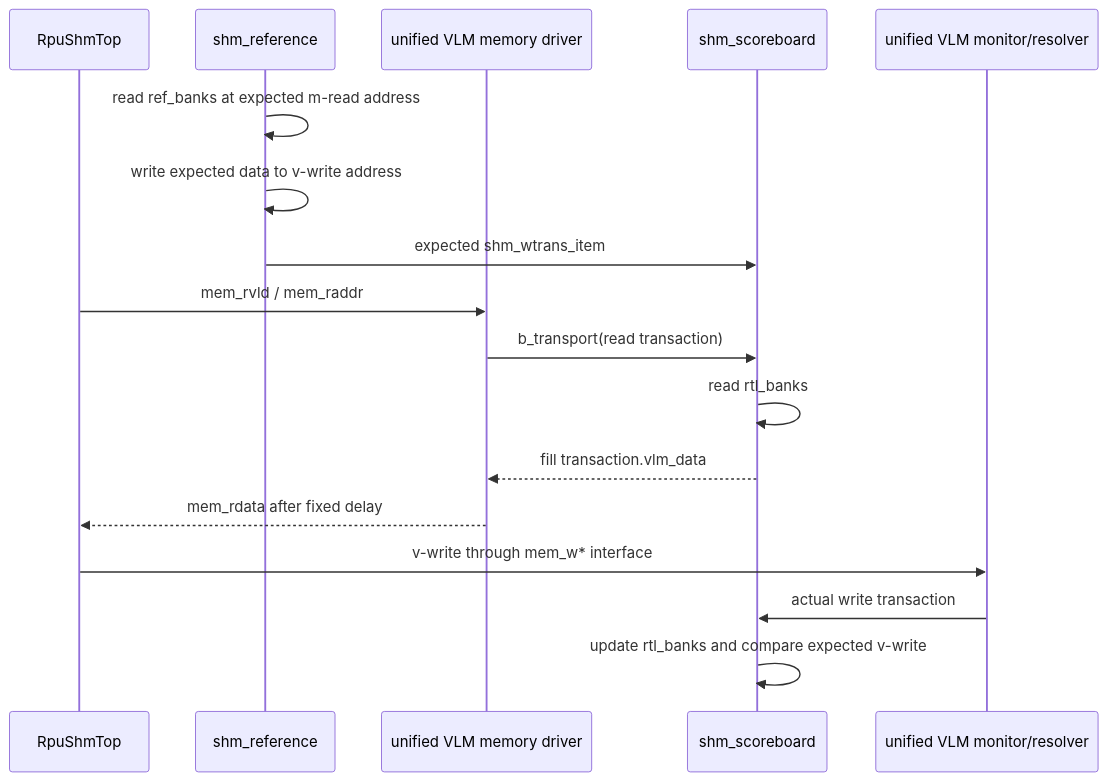
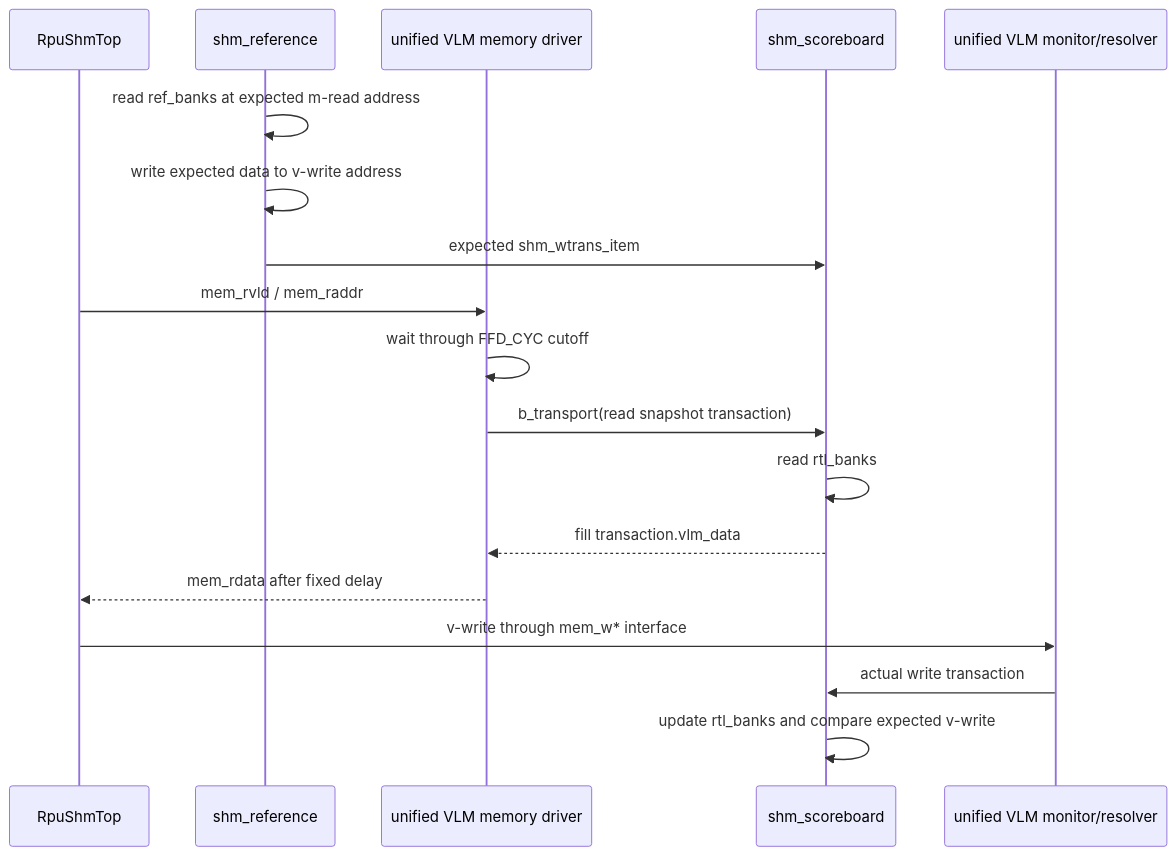
The second of 2 diagrams in docs/ut_shm/environment/data-flow-and-models.md (euphgh/sharemem), drawn with Mermaid before and after one commit. The commit also changed other lines of this file and 27 other files, not shown here.

Commit message:
Add support for FFD_CYC

````diff
--- a/docs/ut_shm/environment/data-flow-and-models.md
+++ b/docs/ut_shm/environment/data-flow-and-models.md
@@ -154,20 +154,21 @@
 ```mermaid
 sequenceDiagram
   participant DUT as RpuShmTop
   participant R as shm_reference
   participant RD as unified VLM memory driver
   participant S as shm_scoreboard
   participant WM as unified VLM monitor/resolver
 
   R->>R: read ref_banks at expected m-read address
   R->>R: write expected data to v-write address
   R->>S: expected shm_wtrans_item
   DUT->>RD: mem_rvld / mem_raddr
-  RD->>S: b_transport(read transaction)
+  RD->>RD: wait through FFD_CYC cutoff
+  RD->>S: b_transport(read snapshot transaction)
   S->>S: read rtl_banks
   S-->>RD: fill transaction.vlm_data
   RD-->>DUT: mem_rdata after fixed delay
   DUT->>WM: v-write through mem_w* interface
   WM->>S: actual write transaction
   S->>S: update rtl_banks and compare expected v-write
 ```
````
